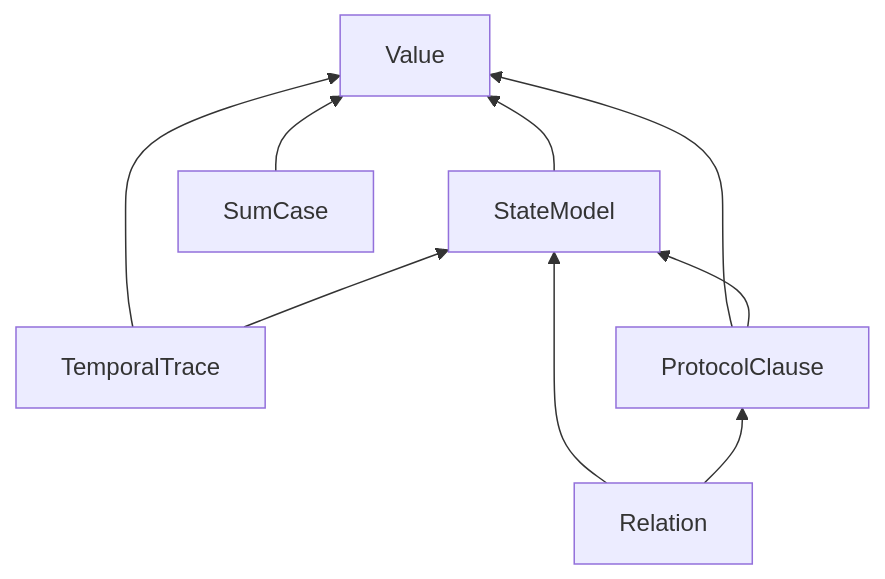
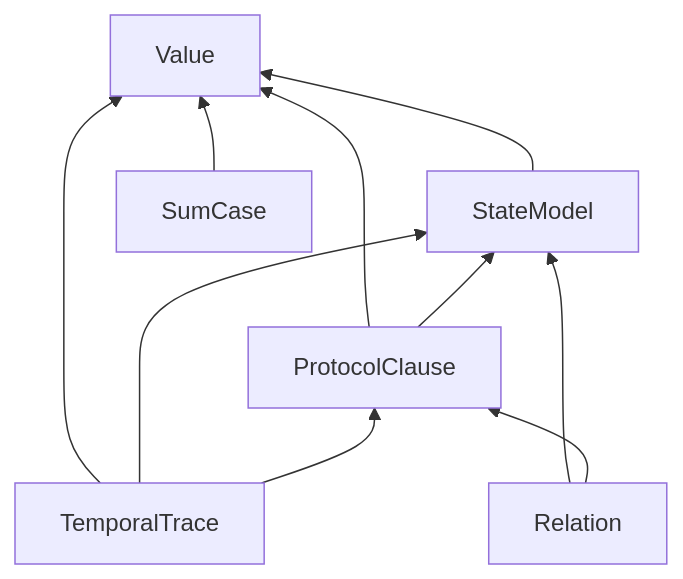
One commit to agent-ix/quire-spec-language changed the first of 2 diagrams in spec/decisions/ADR-012-semantic-family-extension-contracts.md. Above: the diagram before and after it, drawn with Mermaid. The commit also changed other lines of this file and 8 other files, not shown here.

````diff
--- a/spec/decisions/ADR-012-semantic-family-extension-contracts.md
+++ b/spec/decisions/ADR-012-semantic-family-extension-contracts.md
@@ -116,12 +132,13 @@
 ```mermaid
 graph BT
   Value[Value]
   StateModel[StateModel] --> Value
   SumCase[SumCase] --> Value
+  ProtocolClause[ProtocolClause] --> Value
+  ProtocolClause --> StateModel
   TemporalTrace[TemporalTrace] --> Value
   TemporalTrace --> StateModel
-  ProtocolClause[ProtocolClause] --> Value
-  ProtocolClause --> StateModel
+  TemporalTrace --> ProtocolClause
   Relation[Relation] --> StateModel
   Relation --> ProtocolClause
 ```
````
